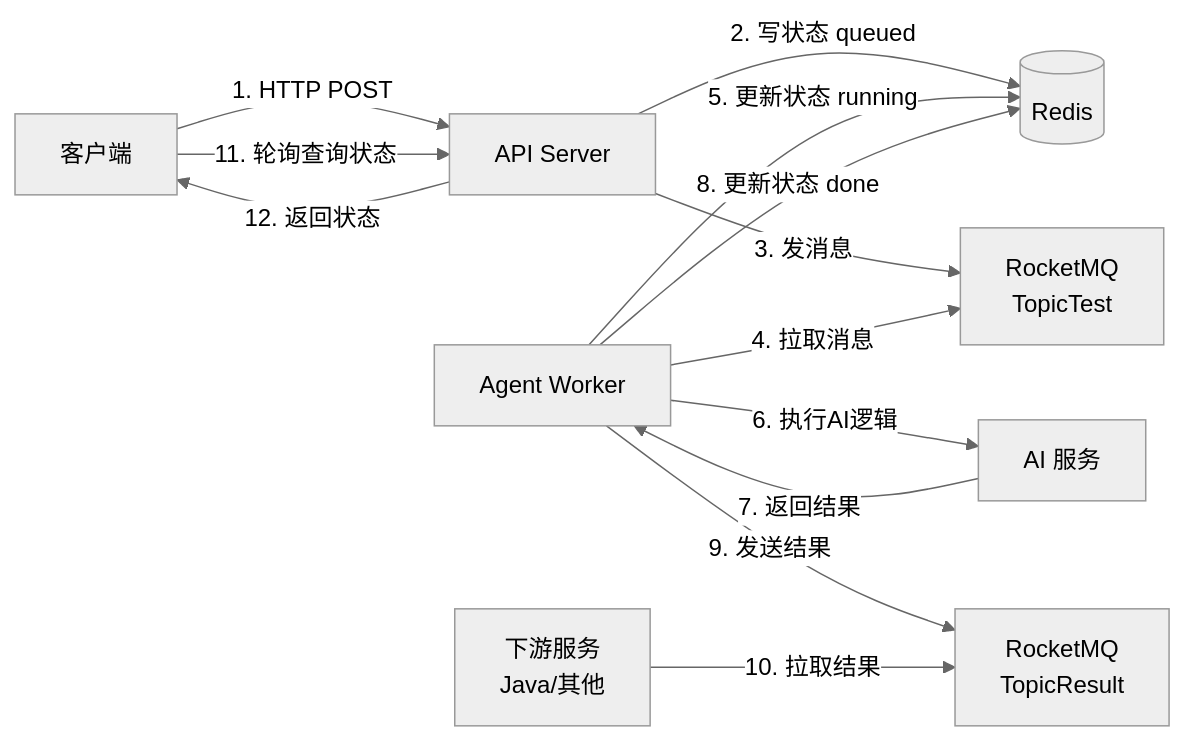
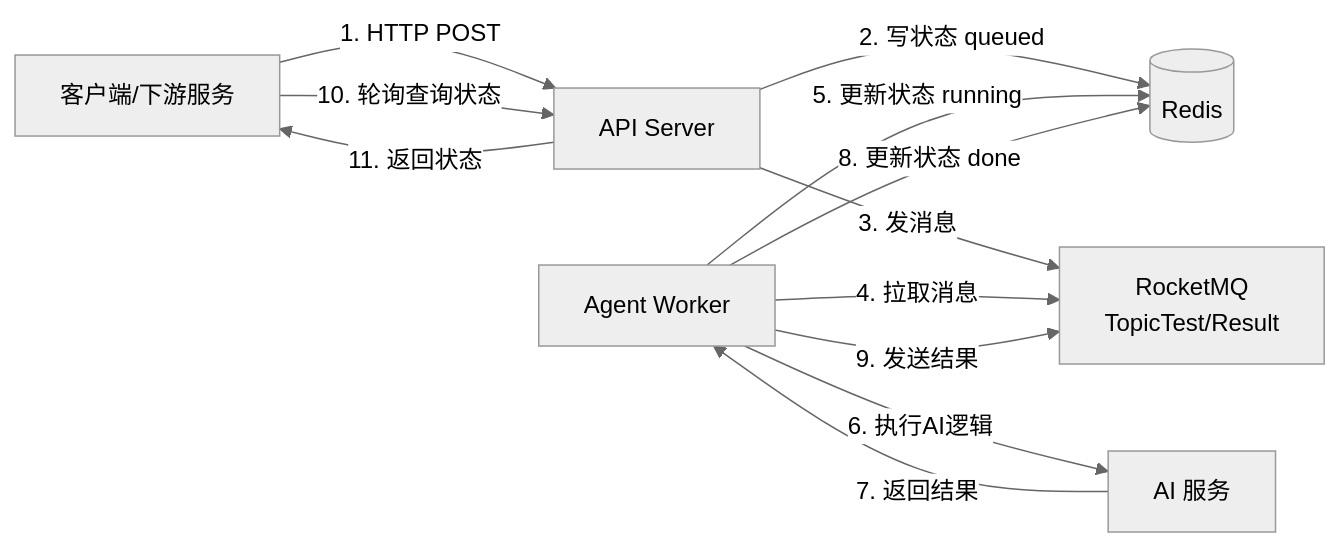
Before and after one commit to refreshing-wind/agent_prod: the diagram in README.md, drawn with Mermaid (neutral theme).

Commit message:
fix:流程图问题

````diff
--- a/README.md
+++ b/README.md
@@ -194,15 +194,14 @@
 ```mermaid
 graph LR
-    A[客户端] -->|1. HTTP POST| B[API Server]
+    A[客户端/下游服务] -->|1. HTTP POST| B[API Server]
     B -->|2. 写状态 queued| C[(Redis)]
-    B -->|3. 发消息| D[RocketMQ<br/>TopicTest]
+    B -->|3. 发消息| D[RocketMQ<br/>TopicTest/Result]
     E[Agent Worker] -->|4. 拉取消息| D
     E -->|5. 更新状态 running| C
     E -->|6. 执行AI逻辑| F[AI 服务]
     F -->|7. 返回结果| E
     E -->|8. 更新状态 done| C
-    E -->|9. 发送结果| G[RocketMQ<br/>TopicResult]
-    H[下游服务<br/>Java/其他] -->|10. 拉取结果| G
-    A -->|11. 轮询查询状态| B
-    B -->|12. 返回状态| A
+    E -->|9. 发送结果| D
+    A -->|10. 轮询查询状态| B
+    B -->|11. 返回状态| A
 ```
````
